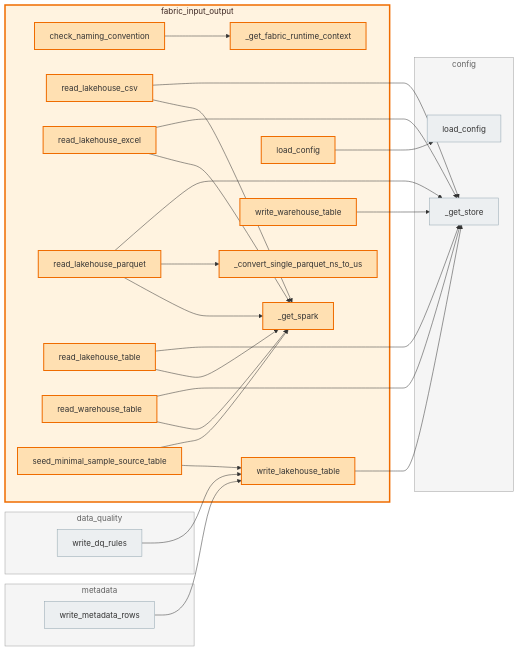
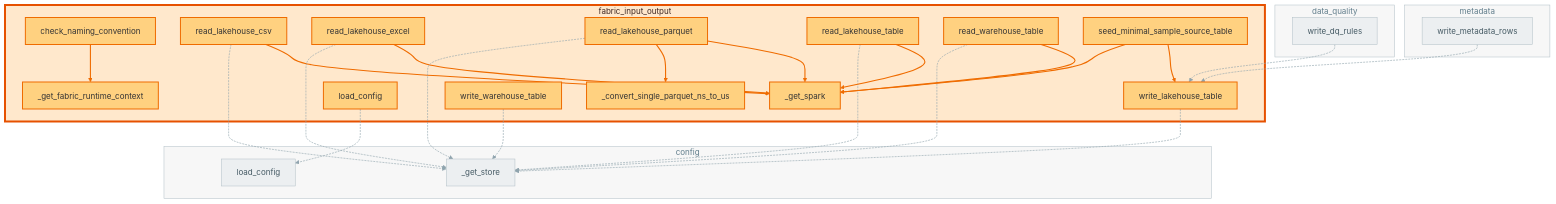
Before and after one commit to Voycepeh/FabricOps-Starter-Kit: the diagram in docs/api/modules/fabric_input_output.md, drawn with Mermaid. The commit also changed other lines of this file and 13 other files, not shown here.

Commit message:
Polish grouped callable diagrams visual hierarchy and noise reduction

````diff
--- a/docs/api/modules/fabric_input_output.md
+++ b/docs/api/modules/fabric_input_output.md
@@ -115,55 +115,57 @@
 ```mermaid
-flowchart LR
-  classDef currentModule fill:#fff3e0,stroke:#ef6c00,stroke-width:3px,color:#3e2723;
-  classDef externalModule fill:#f5f5f5,stroke:#9e9e9e,stroke-width:1px,color:#616161;
-  classDef currentCallable fill:#ffe0b2,stroke:#ef6c00,stroke-width:2px;
-  classDef externalCallable fill:#eceff1,stroke:#90a4ae,stroke-width:1px;
-  subgraph m_config[config]
-    fabricops_kit_config__get_store["_get_store"]
-    fabricops_kit_config_load_config["load_config"]
-  end
-  subgraph m_data_quality[data_quality]
-    fabricops_kit_data_quality_write_dq_rules["write_dq_rules"]
-  end
+flowchart TB
+  classDef currentModule fill:#ffe8cc,stroke:#e65100,stroke-width:4px,color:#3e2723;
+  classDef externalModule fill:#f7f7f7,stroke:#b0bec5,stroke-width:1px,color:#607d8b;
+  classDef currentCallable fill:#ffd180,stroke:#ef6c00,stroke-width:2px;
+  classDef externalCallable fill:#eceff1,stroke:#b0bec5,stroke-width:1px,color:#455a64;
   subgraph m_fabric_input_output[fabric_input_output]
     fabricops_kit_fabric_input_output__convert_single_parquet_ns_to_us["_convert_single_parquet_ns_to_us"]
     fabricops_kit_fabric_input_output__get_fabric_runtime_context["_get_fabric_runtime_context"]
     fabricops_kit_fabric_input_output__get_spark["_get_spark"]
     fabricops_kit_fabric_input_output_check_naming_convention["check_naming_convention"]
     fabricops_kit_fabric_input_output_load_config["load_config"]
     fabricops_kit_fabric_input_output_read_lakehouse_csv["read_lakehouse_csv"]
     fabricops_kit_fabric_input_output_read_lakehouse_excel["read_lakehouse_excel"]
     fabricops_kit_fabric_input_output_read_lakehouse_parquet["read_lakehouse_parquet"]
     fabricops_kit_fabric_input_output_read_lakehouse_table["read_lakehouse_table"]
     fabricops_kit_fabric_input_output_read_warehouse_table["read_warehouse_table"]
     fabricops_kit_fabric_input_output_seed_minimal_sample_source_table["seed_minimal_sample_source_table"]
     fabricops_kit_fabric_input_output_write_lakehouse_table["write_lakehouse_table"]
     fabricops_kit_fabric_input_output_write_warehouse_table["write_warehouse_table"]
+  end
+  subgraph m_config[config]
+    fabricops_kit_config__get_store["_get_store"]
+    fabricops_kit_config_load_config["load_config"]
+  end
+  subgraph m_data_quality[data_quality]
+    fabricops_kit_data_quality_write_dq_rules["write_dq_rules"]
   end
   subgraph m_metadata[metadata]
     fabricops_kit_metadata_write_metadata_rows["write_metadata_rows"]
   end
   fabricops_kit_data_quality_write_dq_rules --> fabricops_kit_fabric_input_output_write_lakehouse_table
   fabricops_kit_fabric_input_output_check_naming_convention --> fabricops_kit_fabric_input_output__get_fabric_runtime_context
   fabricops_kit_fabric_input_output_load_config --> fabricops_kit_config_load_config
   fabricops_kit_fabric_input_output_read_lakehouse_csv --> fabricops_kit_config__get_store
   fabricops_kit_fabric_input_output_read_lakehouse_csv --> fabricops_kit_fabric_input_output__get_spark
   fabricops_kit_fabric_input_output_read_lakehouse_excel --> fabricops_kit_config__get_store
   fabricops_kit_fabric_input_output_read_lakehouse_excel --> fabricops_kit_fabric_input_output__get_spark
   fabricops_kit_fabric_input_output_read_lakehouse_parquet --> fabricops_kit_config__get_store
   fabricops_kit_fabric_input_output_read_lakehouse_parquet --> fabricops_kit_fabric_input_output__convert_single_parquet_ns_to_us
   fabricops_kit_fabric_input_output_read_lakehouse_parquet --> fabricops_kit_fabric_input_output__get_spark
   fabricops_kit_fabric_input_output_read_lakehouse_table --> fabricops_kit_config__get_store
   fabricops_kit_fabric_input_output_read_lakehouse_table --> fabricops_kit_fabric_input_output__get_spark
   fabricops_kit_fabric_input_output_read_warehouse_table --> fabricops_kit_config__get_store
   fabricops_kit_fabric_input_output_read_warehouse_table --> fabricops_kit_fabric_input_output__get_spark
   fabricops_kit_fabric_input_output_seed_minimal_sample_source_table --> fabricops_kit_fabric_input_output__get_spark
   fabricops_kit_fabric_input_output_seed_minimal_sample_source_table --> fabricops_kit_fabric_input_output_write_lakehouse_table
   fabricops_kit_fabric_input_output_write_lakehouse_table --> fabricops_kit_config__get_store
   fabricops_kit_fabric_input_output_write_warehouse_table --> fabricops_kit_config__get_store
   fabricops_kit_metadata_write_metadata_rows --> fabricops_kit_fabric_input_output_write_lakehouse_table
+  linkStyle 1,4,6,8,9,11,13,14,15 stroke:#ef6c00,stroke-width:2.2px;
+  linkStyle 0,2,3,5,7,10,12,16,17,18 stroke:#90a4ae,stroke-width:1.2px,stroke-dasharray: 4 2;
   class m_fabric_input_output currentModule;
   class m_config,m_data_quality,m_metadata externalModule;
   class fabricops_kit_fabric_input_output__convert_single_parquet_ns_to_us,fabricops_kit_fabric_input_output__get_fabric_runtime_context,fabricops_kit_fabric_input_output__get_spark,fabricops_kit_fabric_input_output_check_naming_convention,fabricops_kit_fabric_input_output_load_config,fabricops_kit_fabric_input_output_read_lakehouse_csv,fabricops_kit_fabric_input_output_read_lakehouse_excel,fabricops_kit_fabric_input_output_read_lakehouse_parquet,fabricops_kit_fabric_input_output_read_lakehouse_table,fabricops_kit_fabric_input_output_read_warehouse_table,fabricops_kit_fabric_input_output_seed_minimal_sample_source_table,fabricops_kit_fabric_input_output_write_lakehouse_table,fabricops_kit_fabric_input_output_write_warehouse_table currentCallable;
   class fabricops_kit_config__get_store,fabricops_kit_config_load_config,fabricops_kit_data_quality_write_dq_rules,fabricops_kit_metadata_write_metadata_rows externalCallable;
 ```
````
